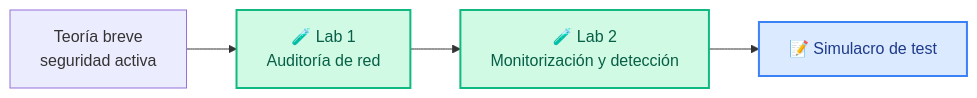
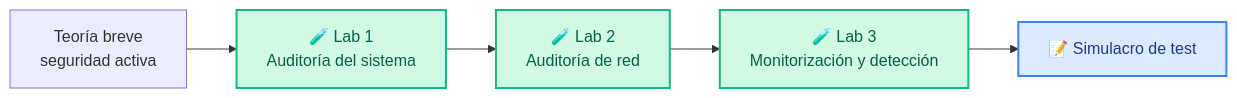
The diagram in docs/ud2/index.md (campusdevfp/cybersec2627), drawn with Mermaid before and after one commit. The commit also changed other lines of this file and 15 other files, not shown here.

````diff
--- a/docs/ud2/index.md
+++ b/docs/ud2/index.md
@@ -16,9 +16,11 @@
 ```mermaid
 flowchart LR
-    B1["Teoría breve<br/>seguridad activa"] --> L2["🧪 Lab 1<br/>Auditoría de red"]
-    L2 --> L3["🧪 Lab 2<br/>Monitorización y detección"]
+    B1["Teoría breve<br/>seguridad activa"] --> L1["🧪 Lab 1<br/>Auditoría del sistema"]
+    L1 --> L2["🧪 Lab 2<br/>Auditoría de red"]
+    L2 --> L3["🧪 Lab 3<br/>Monitorización y detección"]
     L3 --> T["📝 Simulacro de test"]
+    style L1 fill:#d1fae5,color:#065f46,stroke:#10b981,stroke-width:2px
     style L2 fill:#d1fae5,color:#065f46,stroke:#10b981,stroke-width:2px
     style L3 fill:#d1fae5,color:#065f46,stroke:#10b981,stroke-width:2px
     style T fill:#dbeafe,color:#1e3a8a,stroke:#3b82f6,stroke-width:2px
 ```
````
